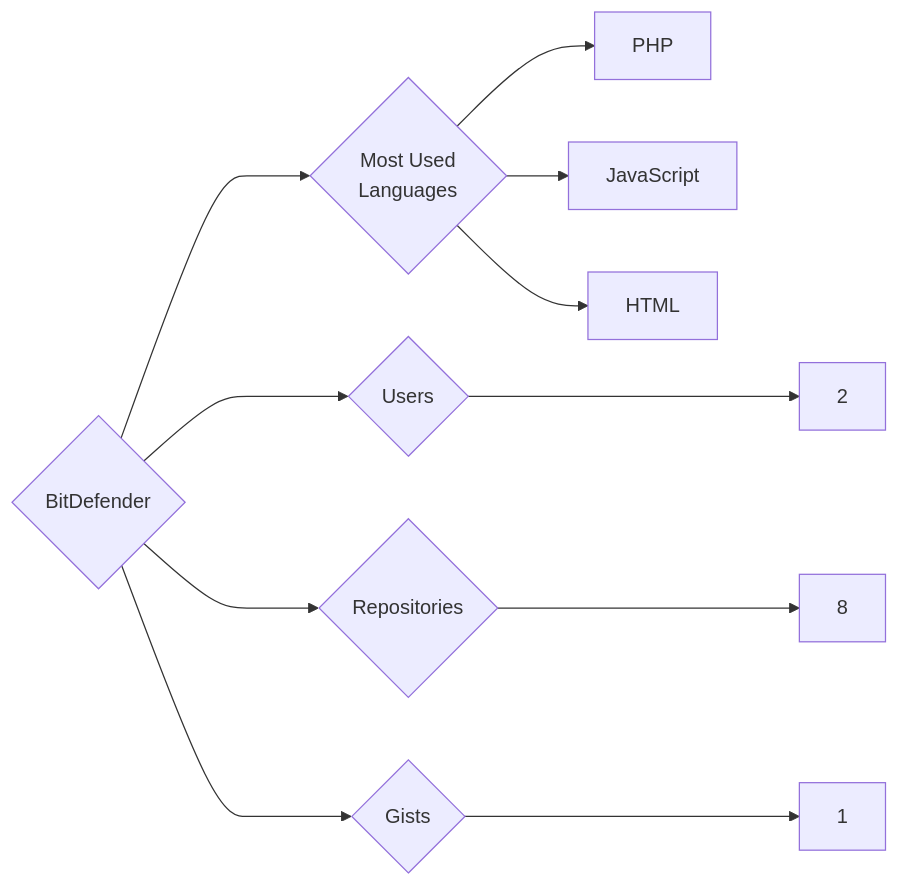
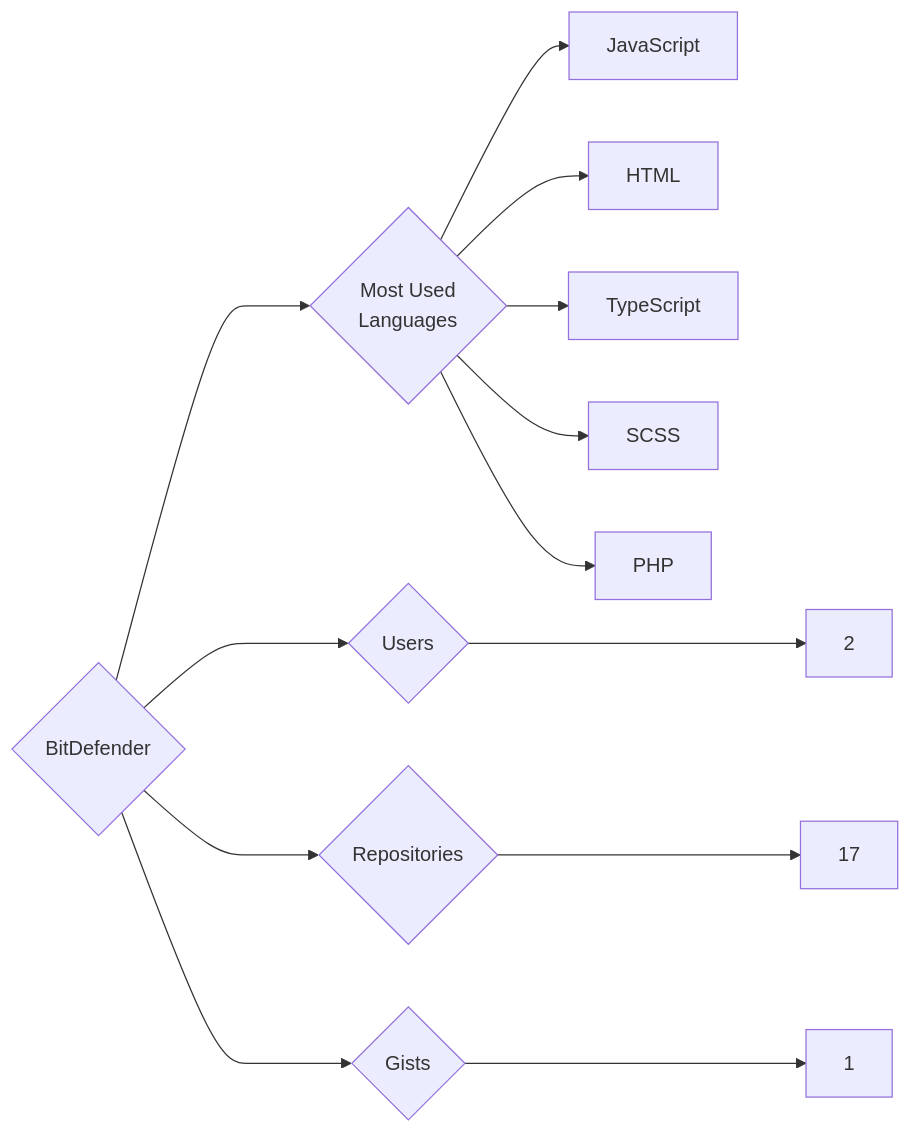
One commit to trickest/insiders changed the diagram in targets/BitDefender/README.md. Above: the diagram before and after it, drawn with Mermaid. The commit also changed 1023 other files, not shown here.

````diff
--- a/targets/BitDefender/README.md
+++ b/targets/BitDefender/README.md
@@ -3,11 +3,13 @@
 ```mermaid
 graph LR
 COMPANY_NAME{BitDefender}
 COMPANY_NAME ---> U{Users} ---> UN[2]
-COMPANY_NAME ---> R{Repositories} ---> RN[8]
+COMPANY_NAME ---> R{Repositories} ---> RN[17]
 COMPANY_NAME ---> G{Gists} ---> GN[1]
 COMPANY_NAME ---> ML{Most Used<br>Languages}
-ML --> PHP[PHP]
 ML --> JavaScript[JavaScript]
 ML --> HTML[HTML]
+ML --> TypeScript[TypeScript]
+ML --> SCSS[SCSS]
+ML --> PHP[PHP]
 ```
````
